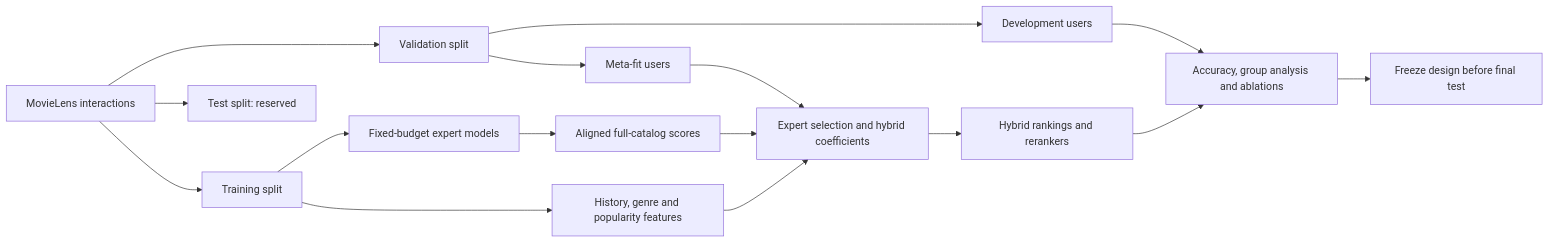
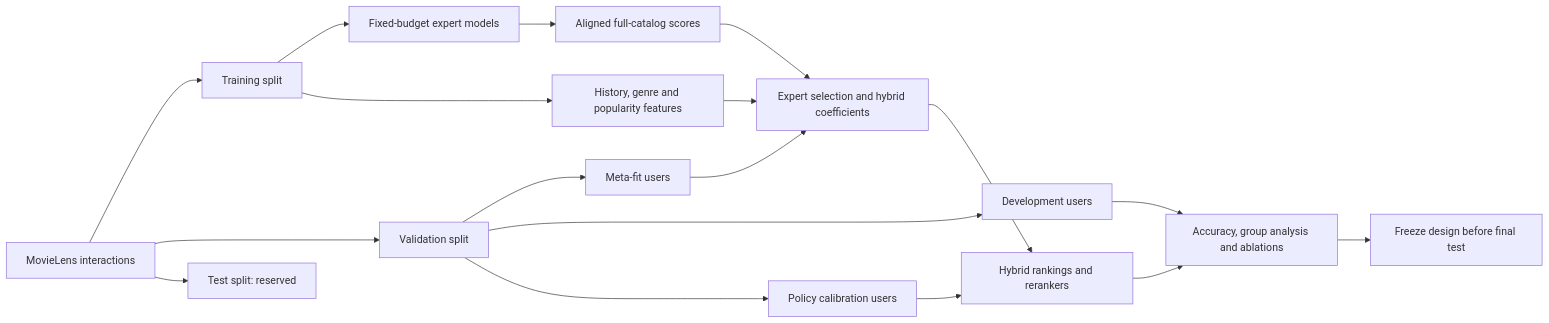
One commit to viftode4/recomender-systems changed the diagram in final-project/RESEARCH.md. Above: the diagram before and after it, drawn with Mermaid. The commit also changed other lines of this file and 236 other files, not shown here.

````diff
--- a/final-project/RESEARCH.md
+++ b/final-project/RESEARCH.md
@@ -138,18 +257,20 @@
 ```mermaid
 flowchart LR
     D[MovieLens interactions] --> T[Training split]
     D --> V[Validation split]
     D --> X[Test split: reserved]
     T --> E[Fixed-budget expert models]
     T --> C[History, genre and popularity features]
     E --> S[Aligned full-catalog scores]
     V --> M[Meta-fit users]
     V --> H[Development users]
+    V --> P[Policy calibration users]
     M --> W[Expert selection and hybrid coefficients]
     S --> W
     C --> W
     W --> R[Hybrid rankings and rerankers]
     H --> A[Accuracy, group analysis and ablations]
+    P --> R
     R --> A
     A --> F[Freeze design before final test]
 ```
````
